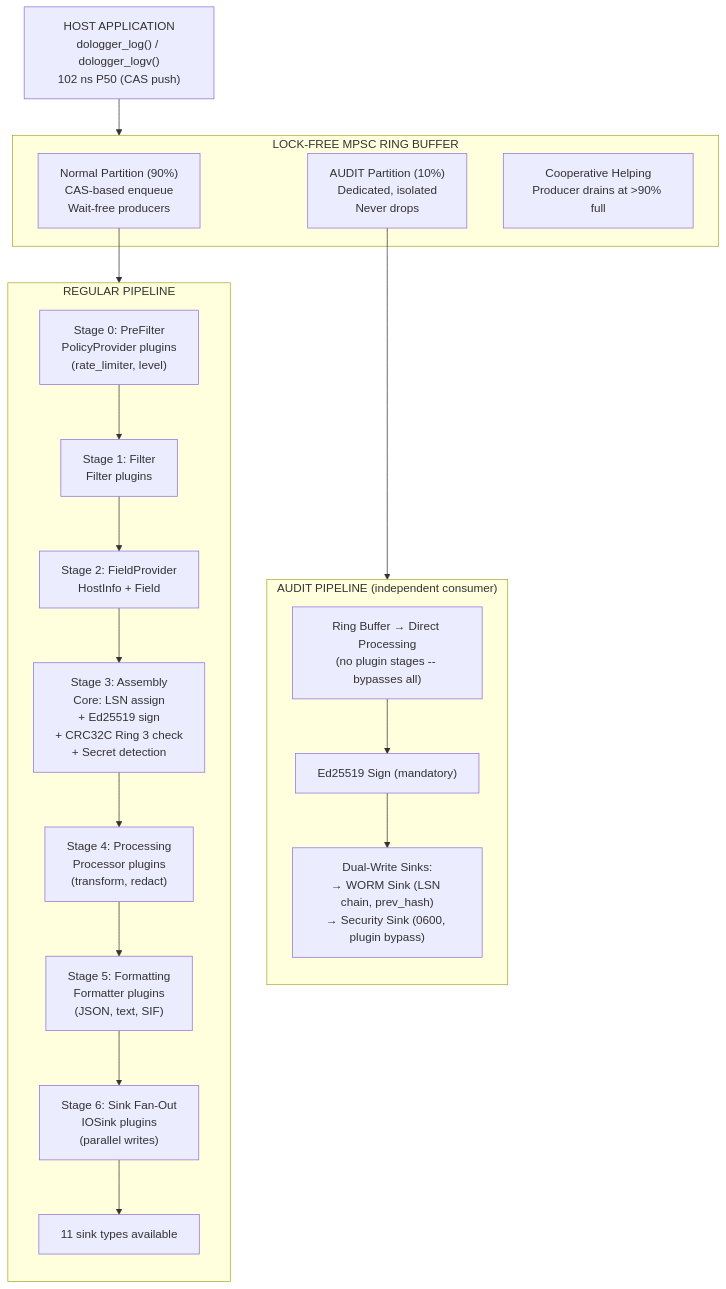
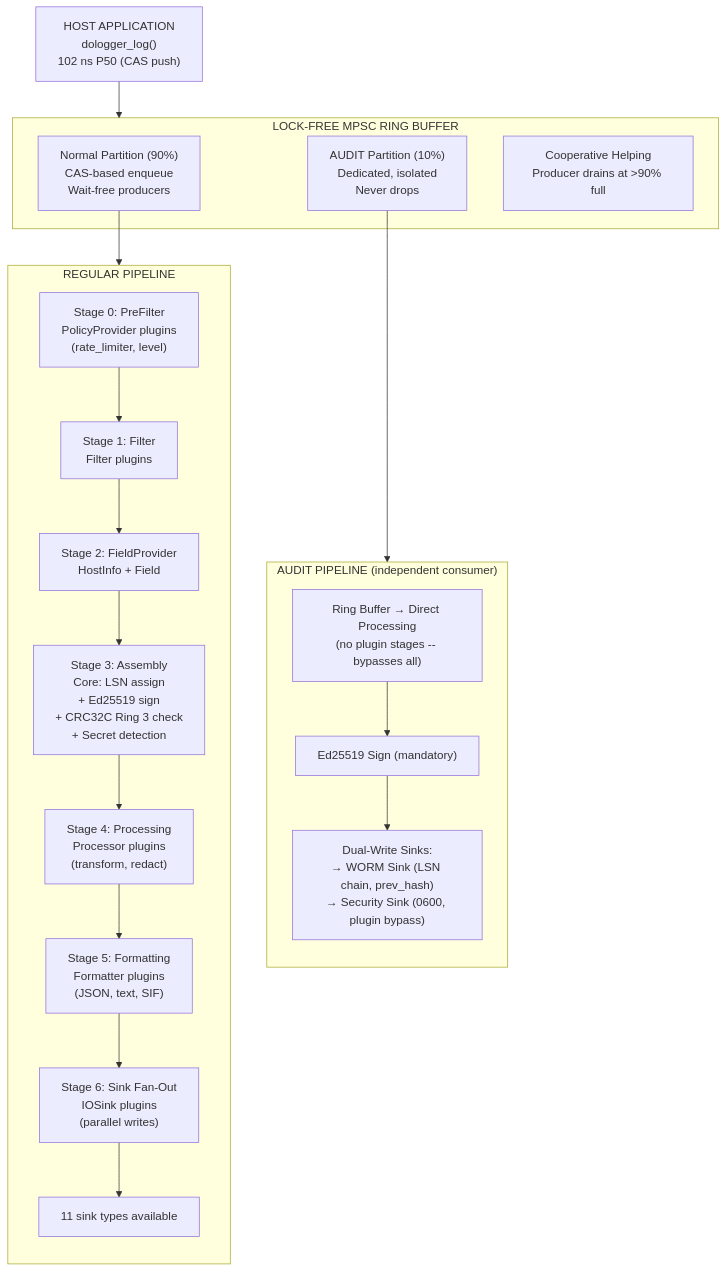
Before and after one commit to nekolio/DoLogger: the first of 11 diagrams in Docs/en_US/ArchitectureReference.md, drawn with Mermaid. The commit also changed other lines of this file and 31 other files, not shown here.

````diff
--- a/Docs/en_US/ArchitectureReference.md
+++ b/Docs/en_US/ArchitectureReference.md
@@ -60,30 +60,30 @@
 ```mermaid
 flowchart TD
-    A["HOST APPLICATION<br/>dologger_log() / dologger_logv()<br/>102 ns P50 (CAS push)"] --> RB
+    A["HOST APPLICATION<br/>dologger_log()<br/>102 ns P50 (CAS push)"] --> RB
 
     subgraph RB["LOCK-FREE MPSC RING BUFFER"]
         B1["Normal Partition (90%)<br/>CAS-based enqueue<br/>Wait-free producers"]
         B2["AUDIT Partition (10%)<br/>Dedicated, isolated<br/>Never drops"]
         B3["Cooperative Helping<br/>Producer drains at >90% full"]
     end
 
     B1 --> RP
     B2 --> AP
 
     subgraph RP["REGULAR PIPELINE"]
         direction TB
         C0["Stage 0: PreFilter<br/>PolicyProvider plugins<br/>(rate_limiter, level)"] --> C1["Stage 1: Filter<br/>Filter plugins"]
         C1 --> C2["Stage 2: FieldProvider<br/>HostInfo + Field"]
         C2 --> C3["Stage 3: Assembly<br/>Core: LSN assign<br/>+ Ed25519 sign<br/>+ CRC32C Ring 3 check<br/>+ Secret detection"]
         C3 --> C4["Stage 4: Processing<br/>Processor plugins<br/>(transform, redact)"]
         C4 --> C5["Stage 5: Formatting<br/>Formatter plugins<br/>(JSON, text, SIF)"]
         C5 --> C6["Stage 6: Sink Fan-Out<br/>IOSink plugins<br/>(parallel writes)"]
         C6 --> C7["11 sink types available"]
     end
 
     subgraph AP["AUDIT PIPELINE (independent consumer)"]
         direction TB
         D1["Ring Buffer → Direct Processing<br/>(no plugin stages -- bypasses all)"] --> D2["Ed25519 Sign (mandatory)"]
         D2 --> D3["Dual-Write Sinks:<br/>→ WORM Sink (LSN chain, prev_hash)<br/>→ Security Sink (0600, plugin bypass)"]
     end
 ```
````
